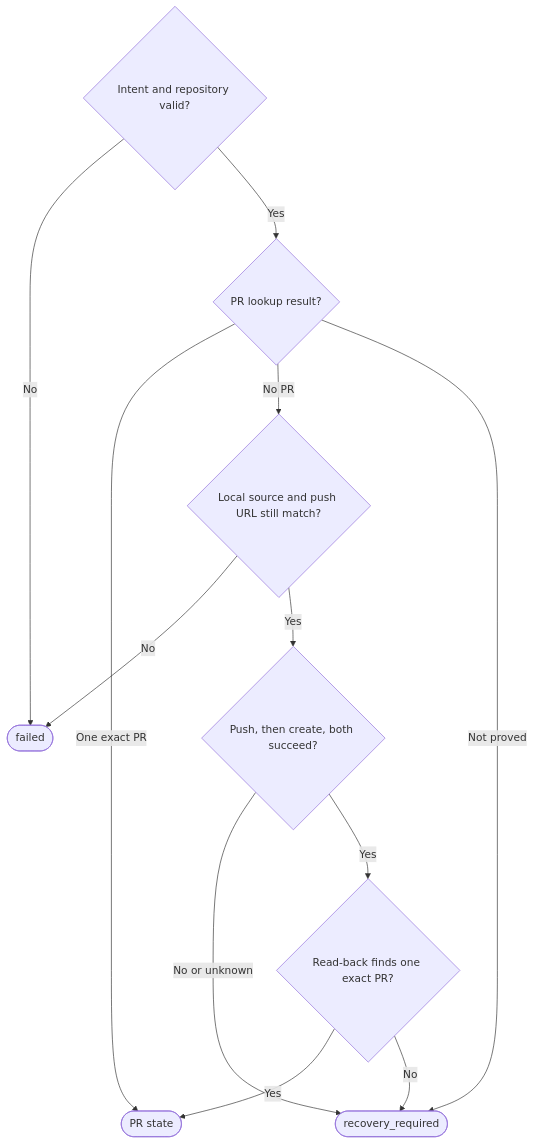
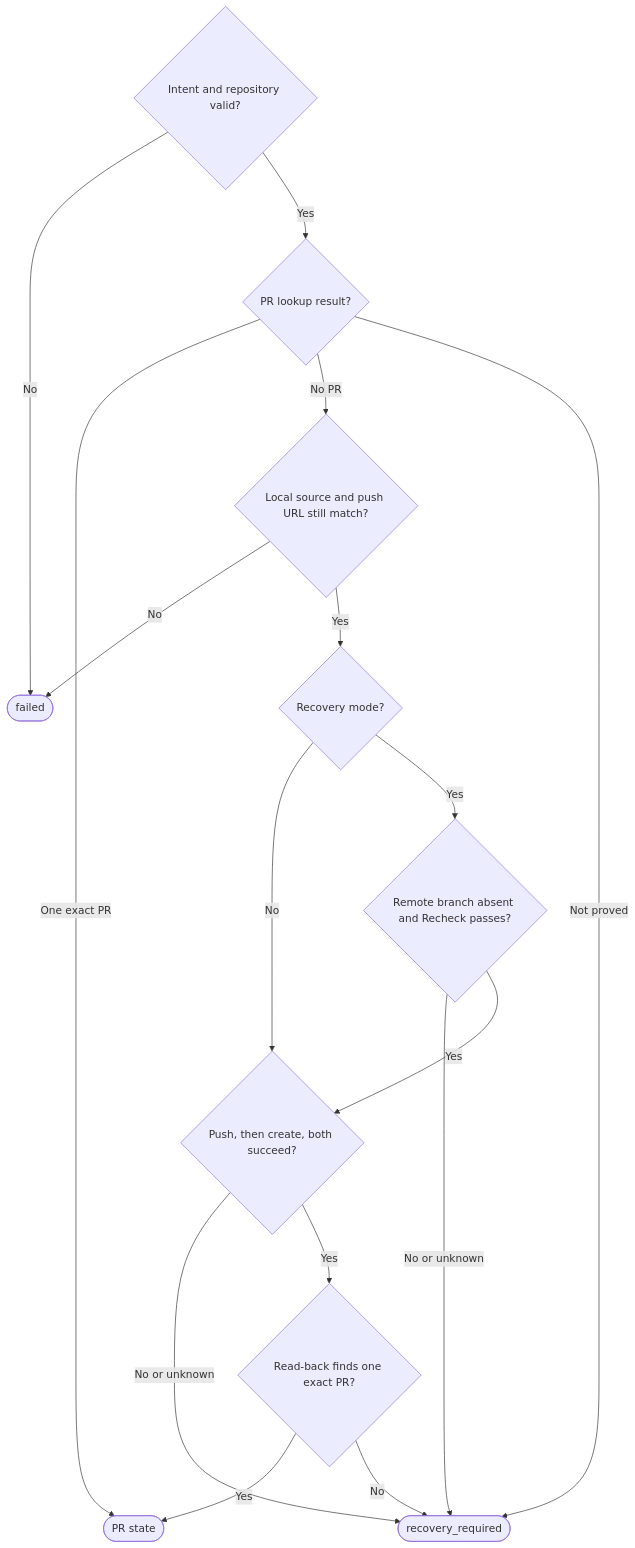
The diagram in prompts/cli/workflow-github.prompt.md (promptdriven/pdd_alpha), drawn with Mermaid before and after one commit. The commit also changed other lines of this file and 8 other files, not shown here.

````diff
--- a/prompts/cli/workflow-github.prompt.md
+++ b/prompts/cli/workflow-github.prompt.md
@@ -128,14 +130,18 @@
 ```mermaid
 flowchart TD
     A{Intent and repository valid?} -->|No| F([failed])
     A -->|Yes| L{PR lookup result?}
     L -->|One exact PR| S([PR state])
     L -->|No PR| C{Local source and push URL still match?}
     L -->|Not proved| R([recovery_required])
     C -->|No| F
-    C -->|Yes| W{Push, then create, both succeed?}
+    C -->|Yes| M{Recovery mode?}
+    M -->|No| W{Push, then create, both succeed?}
+    M -->|Yes| H{Remote branch absent and Recheck passes?}
+    H -->|No or unknown| R
+    H -->|Yes| W
     W -->|No or unknown| R
     W -->|Yes| B{Read-back finds one exact PR?}
     B -->|Yes| S
     B -->|No| R
 ```
````
